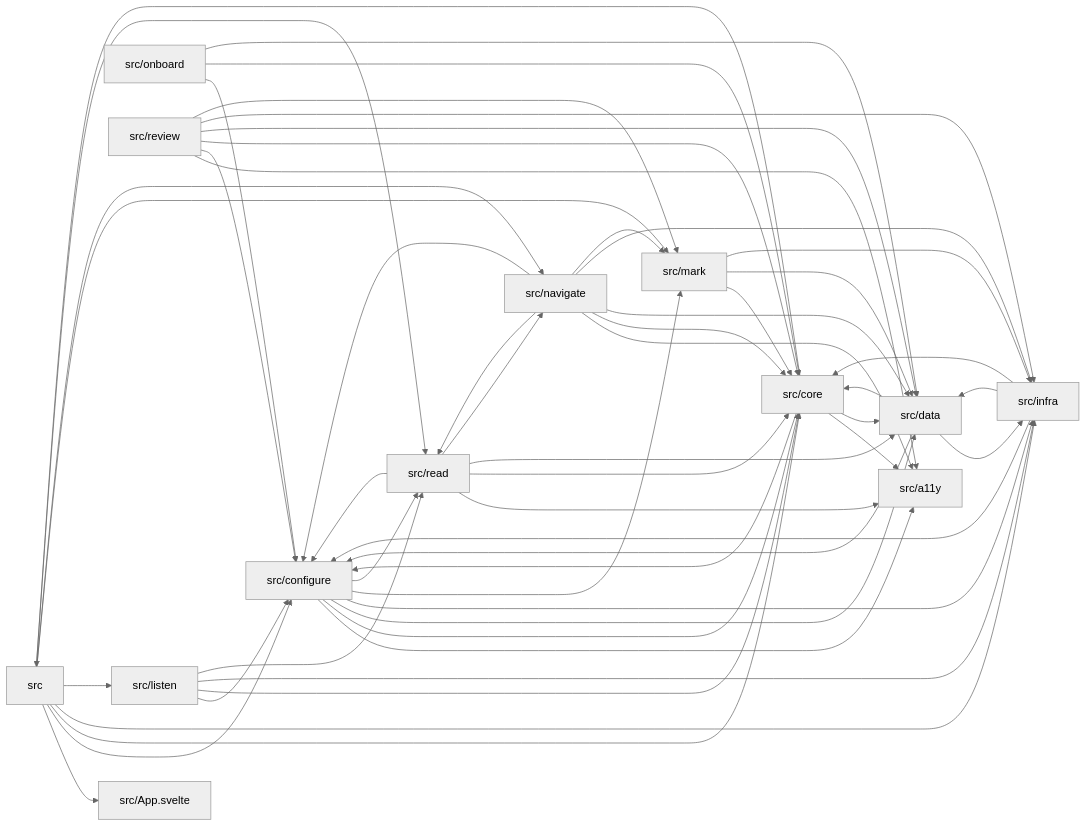
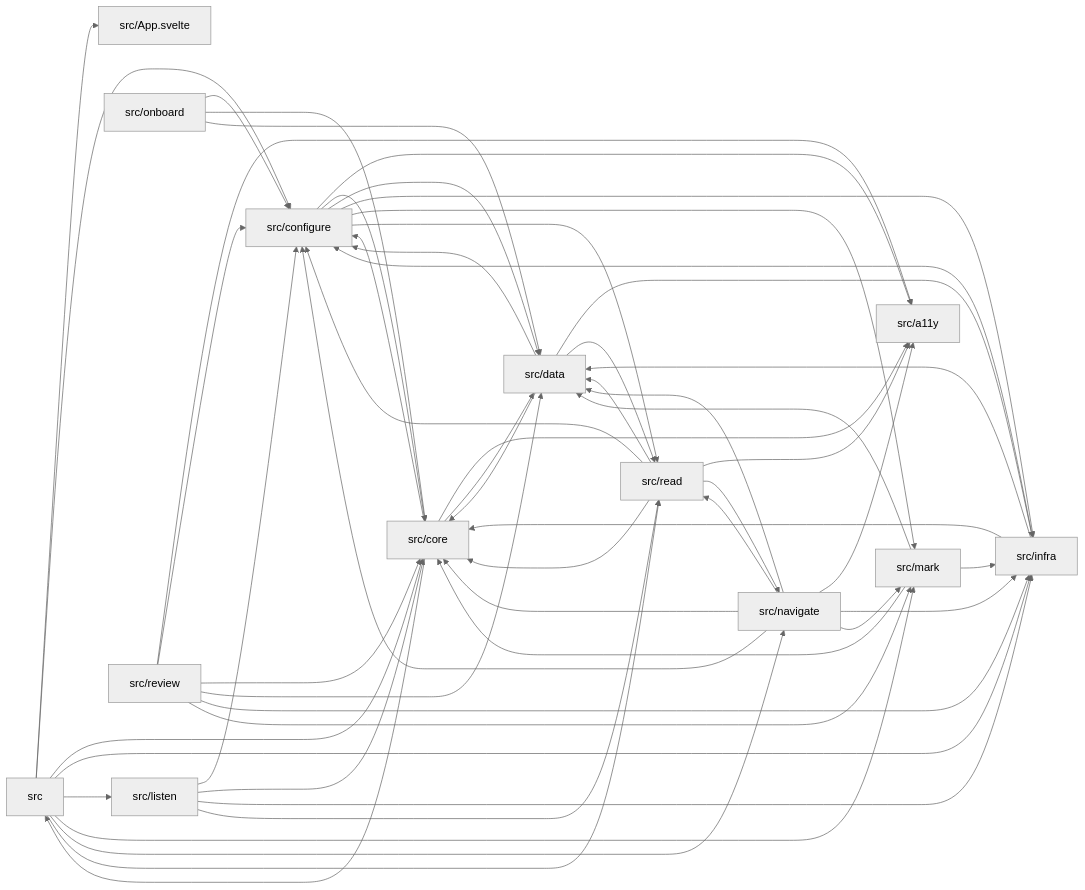
The diagram in docs/context/module-graph.md (Omar-MD/QuranAtlas), drawn with Mermaid (neutral theme) before and after one commit. The commit also changed other lines of this file and 17 other files, not shown here.

````diff
--- a/docs/context/module-graph.md
+++ b/docs/context/module-graph.md
@@ -10,68 +10,69 @@
 ```mermaid
 graph LR
   src["src"]
   src_App_svelte["src/App.svelte"]
   src_a11y["src/a11y"]
   src_configure["src/configure"]
   src_core["src/core"]
   src_data["src/data"]
   src_infra["src/infra"]
   src_listen["src/listen"]
   src_mark["src/mark"]
   src_navigate["src/navigate"]
   src_onboard["src/onboard"]
   src_read["src/read"]
   src_review["src/review"]
   src --> src_App_svelte
   src --> src_configure
   src --> src_core
   src --> src_infra
   src --> src_listen
   src --> src_mark
   src --> src_navigate
   src --> src_read
   src_configure --> src_a11y
   src_configure --> src_core
   src_configure --> src_data
   src_configure --> src_infra
   src_configure --> src_mark
   src_configure --> src_read
   src_core --> src
   src_core --> src_a11y
   src_core --> src_configure
   src_core --> src_data
   src_data --> src_configure
   src_data --> src_core
   src_data --> src_infra
+  src_data --> src_read
   src_infra --> src_configure
   src_infra --> src_core
   src_infra --> src_data
   src_listen --> src_configure
   src_listen --> src_core
   src_listen --> src_infra
   src_listen --> src_read
   src_mark --> src_core
   src_mark --> src_data
   src_mark --> src_infra
   src_navigate --> src_a11y
   src_navigate --> src_configure
   src_navigate --> src_core
   src_navigate --> src_data
   src_navigate --> src_infra
   src_navigate --> src_mark
   src_navigate --> src_read
   src_onboard --> src_configure
   src_onboard --> src_core
   src_onboard --> src_data
   src_read --> src_a11y
   src_read --> src_configure
   src_read --> src_core
   src_read --> src_data
   src_read --> src_navigate
   src_review --> src_a11y
   src_review --> src_configure
   src_review --> src_core
   src_review --> src_data
   src_review --> src_infra
   src_review --> src_mark
 ```
````
